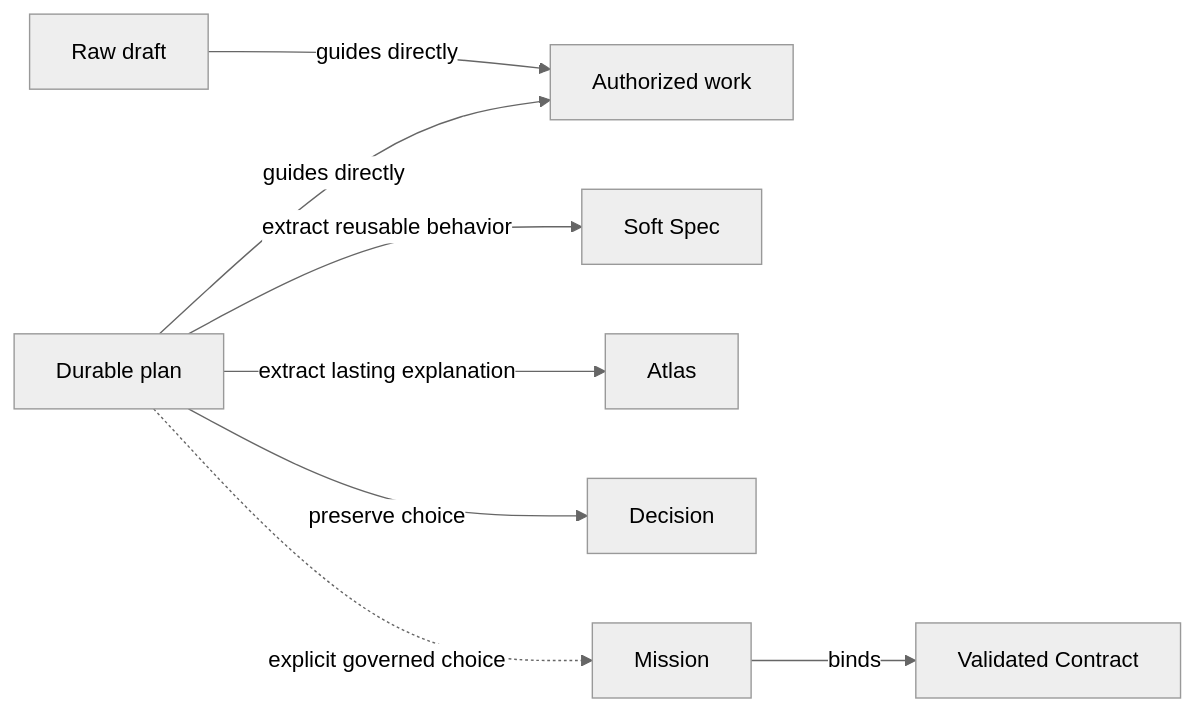
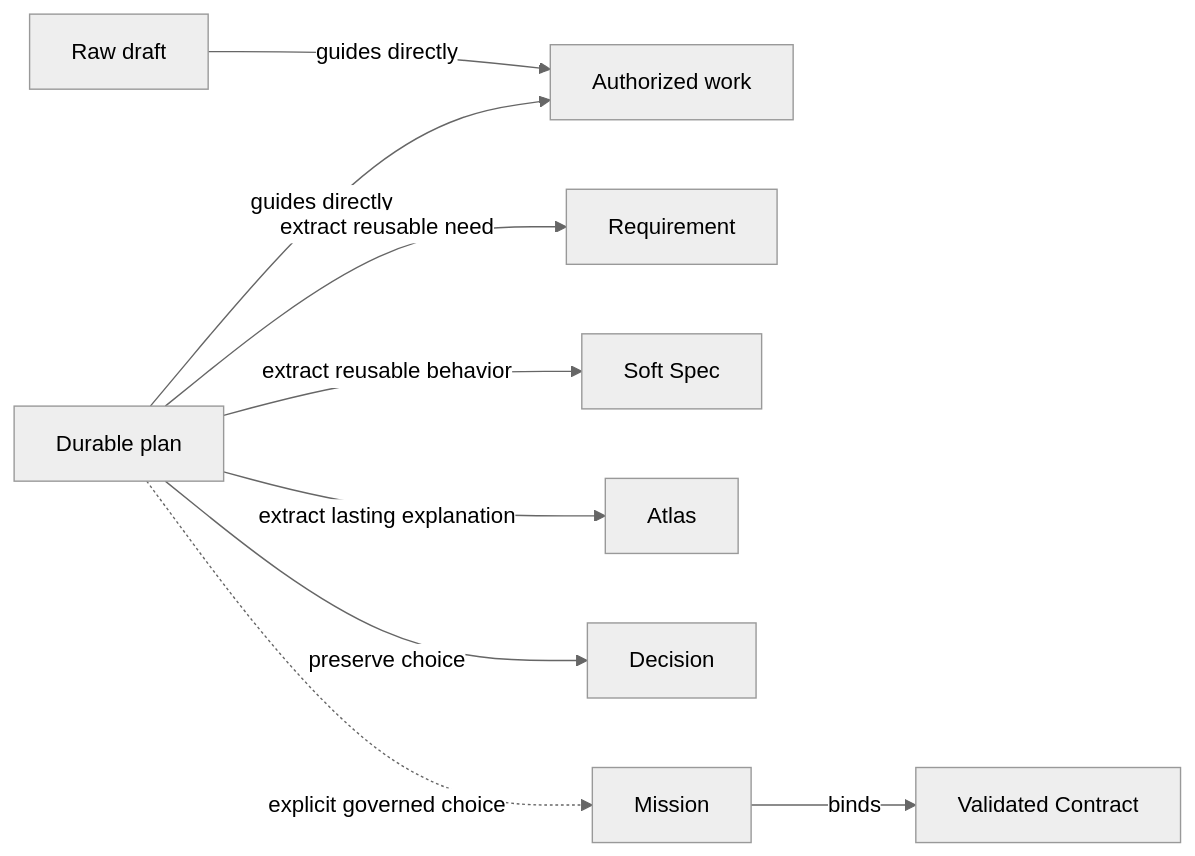
Before and after one commit to alexsmedile/spectacular: the diagram in .spectacular/atlas/specification-and-governance-lifecycle.md, drawn with Mermaid (neutral theme). The commit also changed other lines of this file and 229 other files, not shown here.

````diff
--- a/.spectacular/atlas/specification-and-governance-lifecycle.md
+++ b/.spectacular/atlas/specification-and-governance-lifecycle.md
@@ -27,10 +28,11 @@
 ```mermaid
 flowchart LR
     Raw[Raw draft] -->|guides directly| Work[Authorized work]
     Plan[Durable plan] -->|guides directly| Work
+    Plan -->|extract reusable need| Requirement[Requirement]
     Plan -->|extract reusable behavior| Spec[Soft Spec]
     Plan -->|extract lasting explanation| Atlas[Atlas]
     Plan -->|preserve choice| Decision[Decision]
     Plan -.->|explicit governed choice| Mission[Mission]
     Mission -->|binds| Contract[Validated Contract]
 ```
````
